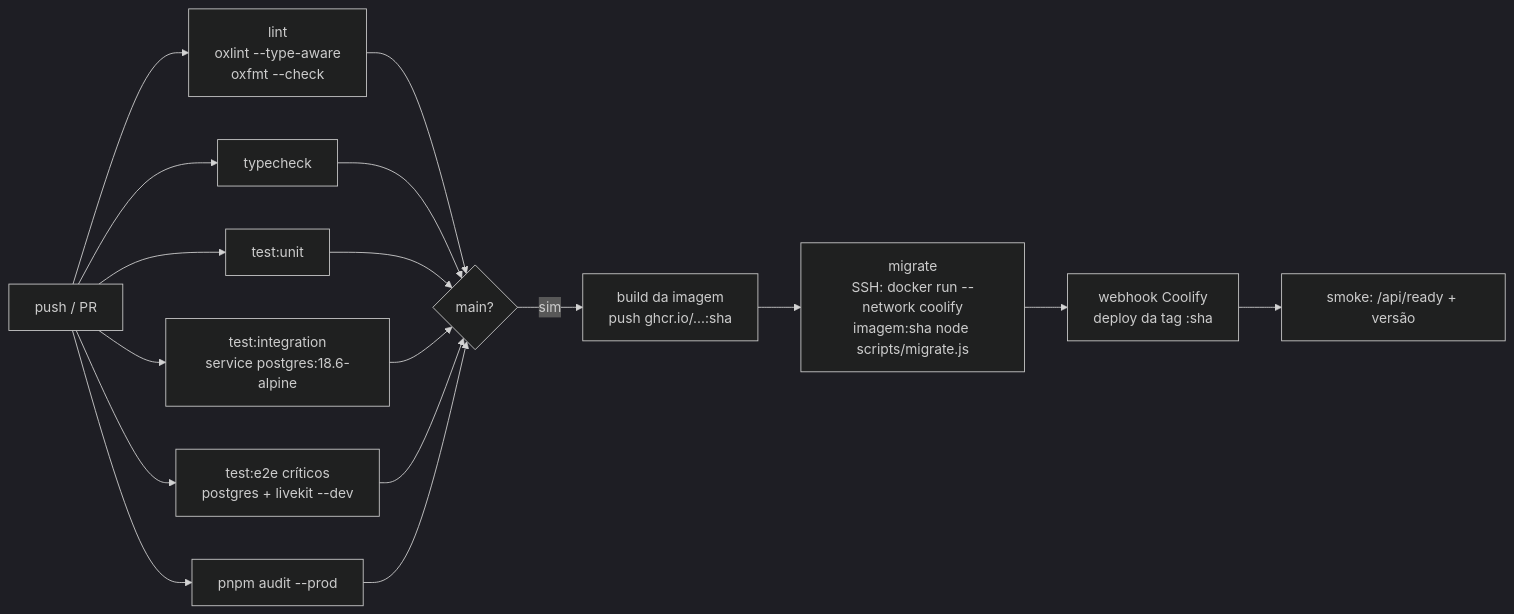
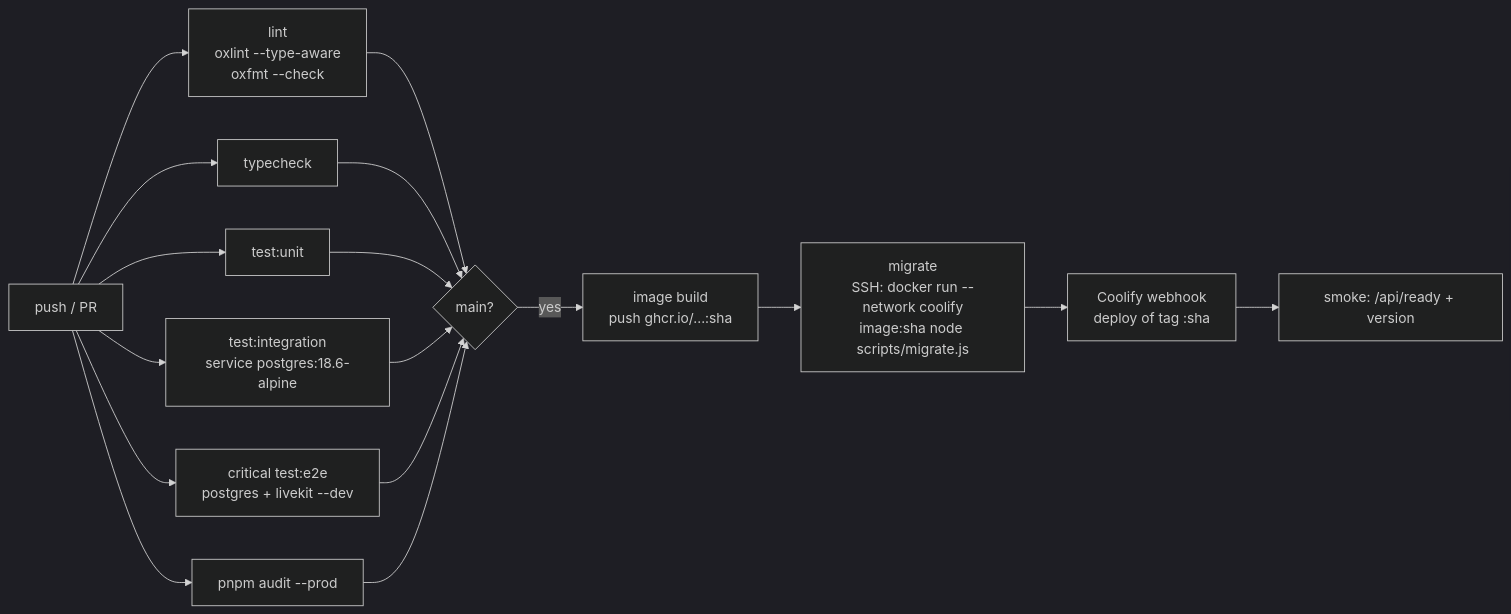
Before and after one commit to HanielCota/NelcotaScreenShare: the third of 3 diagrams in docs/archive/admin-plan.md, drawn with Mermaid (dark theme). The commit also changed other lines of this file and 18 other files, not shown here.

````diff
--- a/docs/archive/admin-plan.md
+++ b/docs/archive/admin-plan.md
@@ -972,14 +972,14 @@
 ```mermaid
 flowchart LR
   PR[push / PR] --> L[lint\noxlint --type-aware\noxfmt --check]
   PR --> TC[typecheck]
   PR --> U[test:unit]
   PR --> I[test:integration\nservice postgres:18.6-alpine]
-  PR --> E[test:e2e críticos\npostgres + livekit --dev]
+  PR --> E[critical test:e2e\npostgres + livekit --dev]
   PR --> AU[pnpm audit --prod]
   L & TC & U & I & E & AU --> B{main?}
-  B -->|sim| IMG[build da imagem\npush ghcr.io/...:sha]
-  IMG --> MIG[migrate\nSSH: docker run --network coolify\nimagem:sha node scripts/migrate.js]
-  MIG --> DEP[webhook Coolify\ndeploy da tag :sha]
-  DEP --> SM[smoke: /api/ready + versão]
+  B -->|yes| IMG[image build\npush ghcr.io/...:sha]
+  IMG --> MIG[migrate\nSSH: docker run --network coolify\nimage:sha node scripts/migrate.js]
+  MIG --> DEP[Coolify webhook\ndeploy of tag :sha]
+  DEP --> SM[smoke: /api/ready + version]
 ```
````
